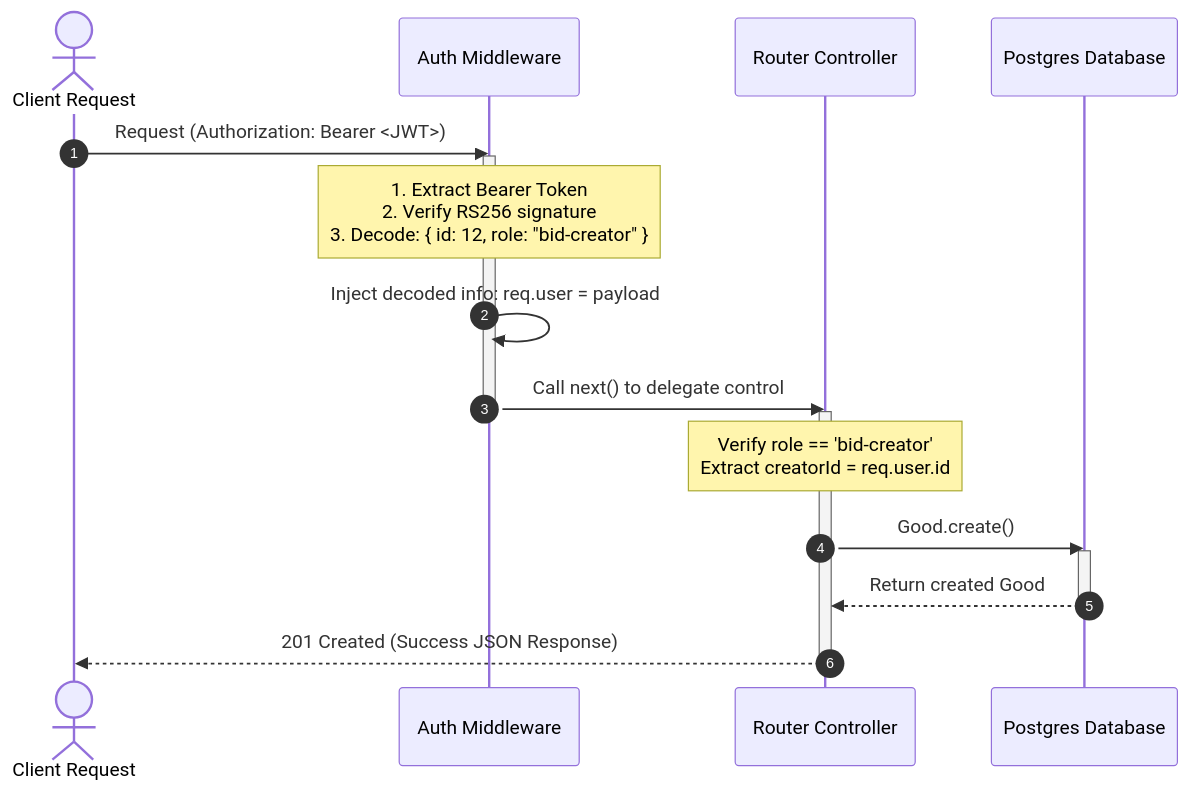
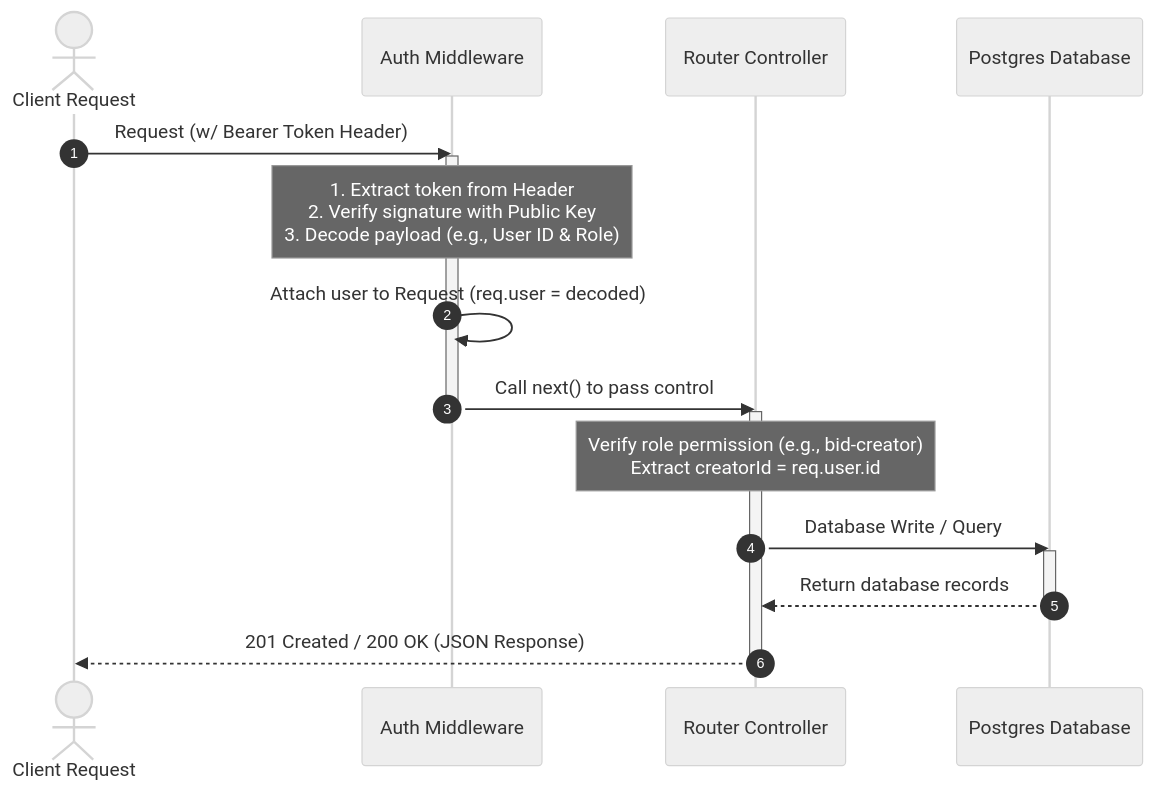
One commit to HassenChaaben/Auction-management-backend-app changed the fourth of 4 diagrams in README.md. Above: the diagram before and after it, drawn with Mermaid. The commit also changed other lines of this file, not shown here.

Commit message:
docs: enrich API authentication mechanics with auth and JWT definitions, and clean sequence diagram

````diff
--- a/README.md
+++ b/README.md
@@ -495,23 +503,24 @@
 ```mermaid
+%%{init: {'theme': 'neutral'}}%%
 sequenceDiagram
     autonumber
     actor Client as Client Request
     participant Auth as Auth Middleware
     participant Ctrl as Router Controller
     participant DB as Postgres Database
 
-    Client->>Auth: Request (Authorization: Bearer <JWT>)
+    Client->>Auth: Request (w/ Bearer Token Header)
     activate Auth
-    Note over Auth: 1. Extract Bearer Token<br/>2. Verify RS256 signature<br/>3. Decode: { id: 12, role: "bid-creator" }
-    Auth->>Auth: Inject decoded info: req.user = payload
-    Auth->>Ctrl: Call next() to delegate control
+    Note over Auth: 1. Extract token from Header<br/>2. Verify signature with Public Key<br/>3. Decode payload (e.g., User ID & Role)
+    Auth->>Auth: Attach user to Request (req.user = decoded)
+    Auth->>Ctrl: Call next() to pass control
     deactivate Auth
     activate Ctrl
-    Note over Ctrl: Verify role == 'bid-creator'<br/>Extract creatorId = req.user.id
-    Ctrl->>DB: Good.create()
+    Note over Ctrl: Verify role permission (e.g., bid-creator)<br/>Extract creatorId = req.user.id
+    Ctrl->>DB: Database Write / Query
     activate DB
-    DB-->>Ctrl: Return created Good
+    DB-->>Ctrl: Return database records
     deactivate DB
-    Ctrl-->>Client: 201 Created (Success JSON Response)
+    Ctrl-->>Client: 201 Created / 200 OK (JSON Response)
     deactivate Ctrl
 ```
````
